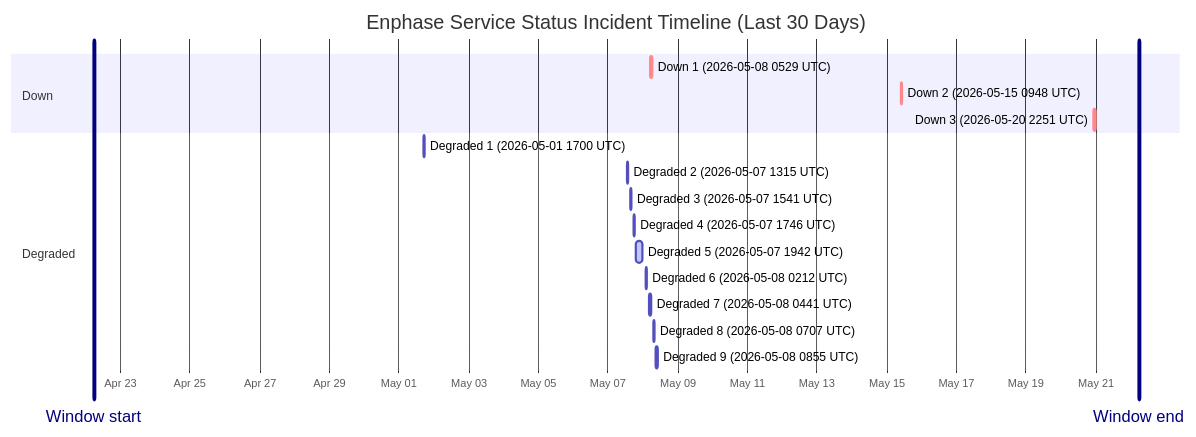
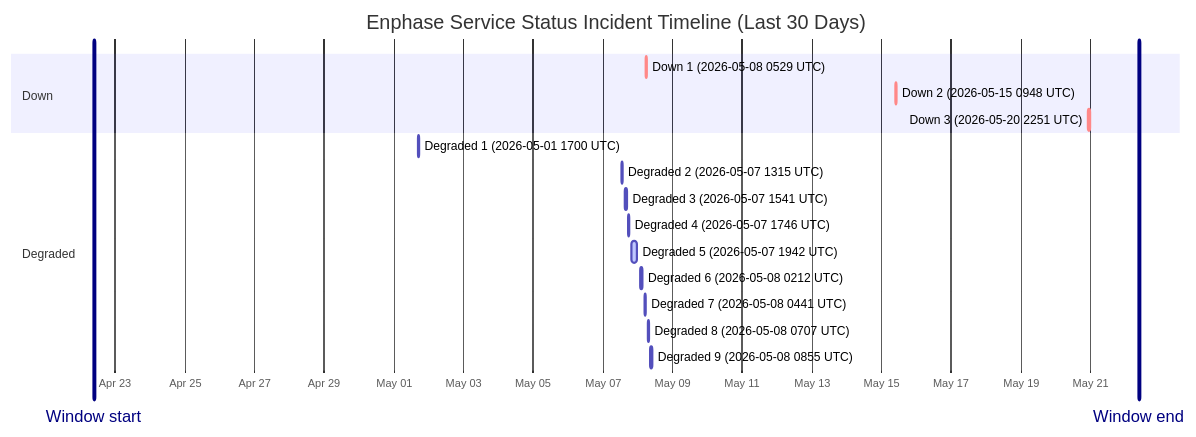
The diagram in wiki/Service-Status-History.md (barneyonline/ha-enphase-ev-charger), drawn with Mermaid before and after one commit. The commit also changed other lines of this file and 3 other files, not shown here.

````diff
--- a/wiki/Service-Status-History.md
+++ b/wiki/Service-Status-History.md
@@ -14,22 +14,22 @@
 ```mermaid
 gantt
     title Enphase Service Status Incident Timeline (Last 30 Days)
     dateFormat  YYYY-MM-DDTHH:mm:ss
     axisFormat  %b %d
-    Window start :vert, window-start, 2026-04-22T05:43:07, 0ms
-    Window end :vert, window-end, 2026-05-22T05:43:07, 0ms
+    Window start :vert, window-start, 2026-04-22T09:20:24, 0ms
+    Window end :vert, window-end, 2026-05-22T09:20:24, 0ms
     section Down
     Down 1 (2026-05-08 0529 UTC) :crit, down-1, 2026-05-08T05:29:47, 60m
     Down 2 (2026-05-15 0948 UTC) :crit, down-2, 2026-05-15T09:48:18, 60m
     Down 3 (2026-05-20 2251 UTC) :crit, down-3, 2026-05-20T22:51:14, 75m
     section Degraded
     Degraded 1 (2026-05-01 1700 UTC) :active, degraded-1, 2026-05-01T17:00:22, 60m
     Degraded 2 (2026-05-07 1315 UTC) :active, degraded-2, 2026-05-07T13:15:25, 60m
     Degraded 3 (2026-05-07 1541 UTC) :active, degraded-3, 2026-05-07T15:41:58, 60m
     Degraded 4 (2026-05-07 1746 UTC) :active, degraded-4, 2026-05-07T17:46:51, 60m
     Degraded 5 (2026-05-07 1942 UTC) :active, degraded-5, 2026-05-07T19:42:10, 249m
     Degraded 6 (2026-05-08 0212 UTC) :active, degraded-6, 2026-05-08T02:12:39, 60m
     Degraded 7 (2026-05-08 0441 UTC) :active, degraded-7, 2026-05-08T04:41:46, 60m
     Degraded 8 (2026-05-08 0707 UTC) :active, degraded-8, 2026-05-08T07:07:30, 60m
     Degraded 9 (2026-05-08 0855 UTC) :active, degraded-9, 2026-05-08T08:55:20, 88m
 ```
````
